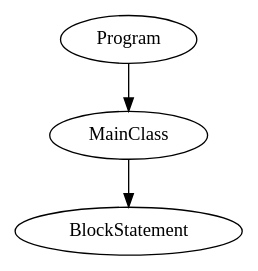
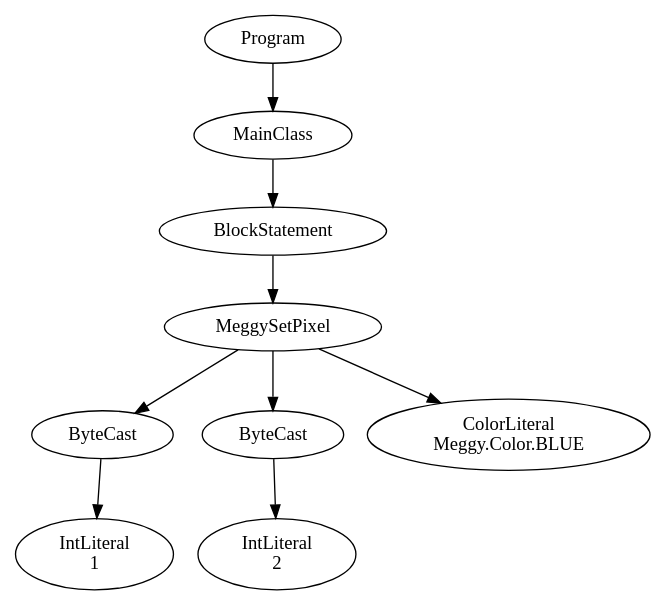
Before and after one commit to DanielSBrown/compilers: the diagram in PA2_copy/PA2Start/PA2bluedot.java.ast.dot, drawn with Graphviz. The commit also changed 56 other files, not shown here.

```diff
--- a/PA2_copy/PA2Start/PA2bluedot.java.ast.dot
+++ b/PA2_copy/PA2Start/PA2bluedot.java.ast.dot
@@ -1,7 +1,19 @@
 digraph ASTGraph {
 0 [ label="Program" ];
 1 [ label="MainClass" ];
 0 -> 1
 2 [ label="BlockStatement" ];
 1 -> 2
+3 [ label="MeggySetPixel" ];
+2 -> 3
+4 [ label="ByteCast" ];
+3 -> 4
+5 [ label="IntLiteral\n1" ];
+4 -> 5
+6 [ label="ByteCast" ];
+3 -> 6
+7 [ label="IntLiteral\n2" ];
+6 -> 7
+8 [ label="ColorLiteral\nMeggy.Color.BLUE" ];
+3 -> 8
 }
```
